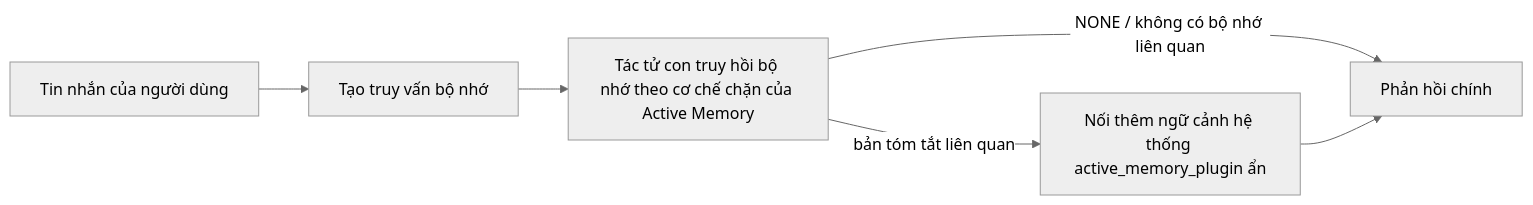
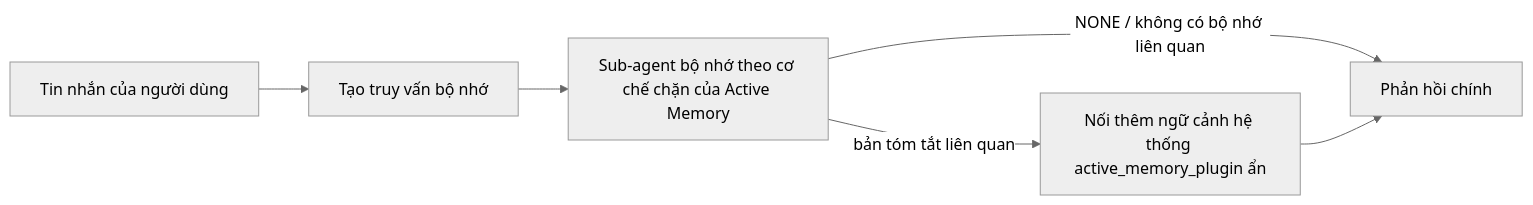
One commit to is0383kk/ai-docs-sync-workflow changed the diagram in openclaw-docs/vi/concepts/active-memory.md. Above: the diagram before and after it, drawn with Mermaid (neutral theme). The commit also changed other lines of this file and 11096 other files, not shown here.

````diff
--- a/openclaw-docs/vi/concepts/active-memory.md
+++ b/openclaw-docs/vi/concepts/active-memory.md
@@ -73,8 +131,8 @@
 ```mermaid
 flowchart LR
   U["Tin nhắn của người dùng"] --> Q["Tạo truy vấn bộ nhớ"]
-  Q --> R["Tác tử con truy hồi bộ nhớ theo cơ chế chặn của Active Memory"]
+  Q --> R["Sub-agent bộ nhớ theo cơ chế chặn của Active Memory"]
   R -->|NONE / không có bộ nhớ liên quan| M["Phản hồi chính"]
   R -->|bản tóm tắt liên quan| I["Nối thêm ngữ cảnh hệ thống active_memory_plugin ẩn"]
   I --> M["Phản hồi chính"]
 ```
````
